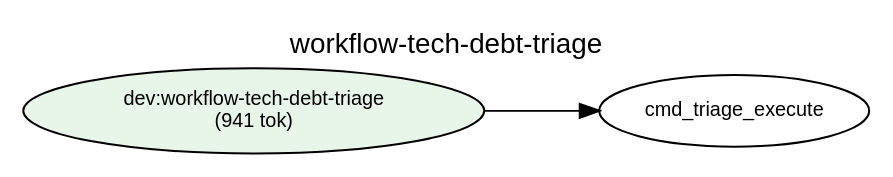
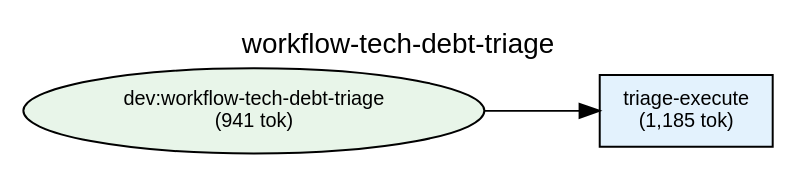
One commit to shuu5/twill changed the diagram in plugins/dev/docs/deps-workflow-tech-debt-triage.dot. Above: the diagram before and after it, drawn with Graphviz. The commit also changed 26 other files, not shown here.

```diff
--- a/plugins/dev/docs/deps-workflow-tech-debt-triage.dot
+++ b/plugins/dev/docs/deps-workflow-tech-debt-triage.dot
@@ -1,38 +1,40 @@
 digraph Dependencies {
     // Graph settings
     rankdir=LR;
     ranksep=0.8;
     nodesep=0.3;
     fontname="Helvetica";
     node [fontname="Helvetica", fontsize=10];
     edge [fontname="Helvetica", fontsize=9];
     label="workflow-tech-debt-triage";
     labelloc=t;
     fontsize=14;
 
     // L0: Controller Skills
 
     // L0: Launchers
 
     // L0.5: Workflow Skills
     skill_workflow_tech_debt_triage [label="dev:workflow-tech-debt-triage\n(941 tok)", shape=ellipse, style=filled, fillcolor="#e8f5e9"];
 
     // Reference Skills
 
     // L1: Direct Commands
+    cmd_triage_execute [label="triage-execute\n(1,185 tok)", shape=box, style=filled, fillcolor="#e3f2fd"];
 
     // L2: Sub Commands
 
     // L3: Agents
 
     // L3.5: Scripts
 
     // L4: External
 
     // Layer constraints
     { rank=same; skill_workflow_tech_debt_triage; }
+    { rank=same; cmd_triage_execute; }
 
     // Edges
     skill_workflow_tech_debt_triage -> cmd_triage_execute;
 
 }
```
